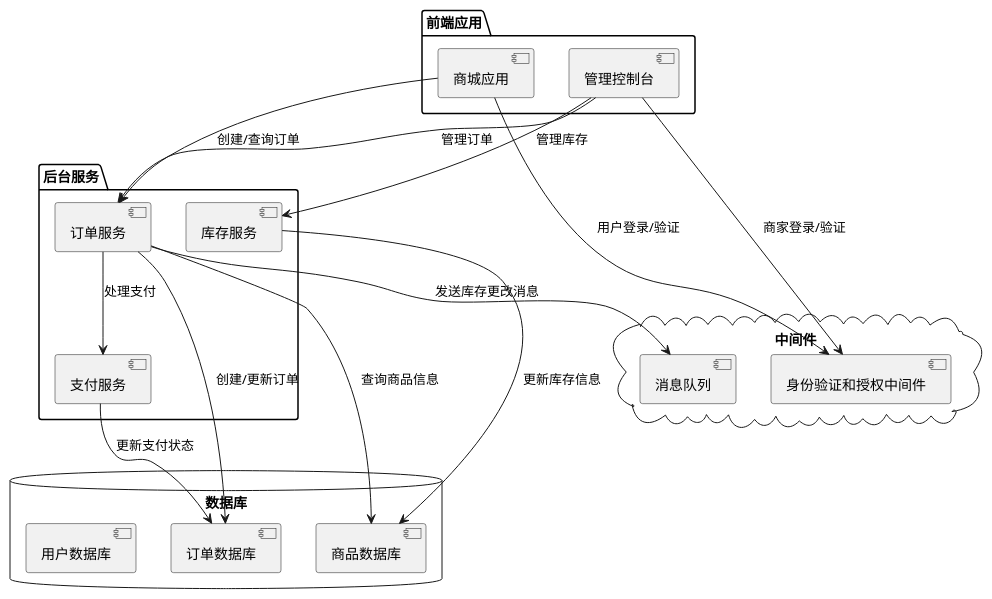
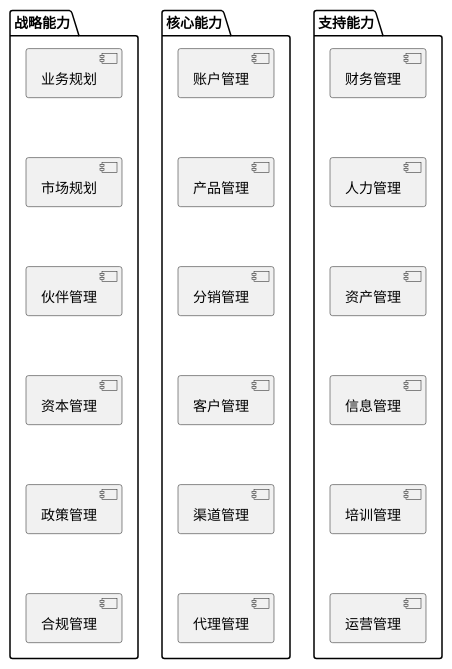
Before and after one commit to fuyipingwml/planttext: the diagram in 测试.puml, drawn with PlantUML.

```diff
--- a/测试.puml
+++ b/测试.puml
@@ -1,41 +1,86 @@
 @startuml
 
-package "前端应用" {
-    [商城应用]
-    [管理控制台]
+'title 电商公司业务足迹图
+'参考材料 https://support.unicomsi.com/manuals/systemarchitect/114100/starthelp.html#page/Architecting_and_designing/TOGAF1547834.html
+
+'left to right direction
+package "战略能力" as zhanluenengli{
+  [业务规划]
+[市场规划]
+[伙伴管理]
+[资本管理]
+[政策管理]
+[合规管理]
+[业务规划] -[hidden]-> [市场规划]
+[市场规划]-[hidden]->[伙伴管理]
+[伙伴管理]-[hidden]-> [资本管理]
+ [资本管理]-[hidden]->[政策管理]
+ [政策管理]-[hidden]->[合规管理]
+
+ /'[业务规划] .right.[市场规划]
+ [市场规划] .right. [伙伴管理]
+[伙伴管理] .right. [资本管理]
+[资本管理].right.[政策管理]
+[政策管理].right.[合规管理]'/
+
 }
 
-package "后台服务" {
-    [订单服务]
-    [库存服务]
-    [支付服务]
+
+package "核心能力" as hexinnengli {
+  [账户管理]
+[产品管理]
+[分销管理]
+[客户管理]
+[渠道管理]
+[代理管理]
+ [账户管理]-[hidden]-> [产品管理]
+ [产品管理]-[hidden]->[分销管理]
+ [分销管理]-[hidden]->[客户管理]
+ [客户管理]-[hidden]->[渠道管理]
+ [渠道管理]-[hidden]->[代理管理]
+
+
+/'[账户管理].right.[产品管理]
+[产品管理].right.[分销管理]
+
+[分销管理].right. [客户管理]
+[客户管理].right. [渠道管理]
+[渠道管理].right.[代理管理]'/
+
 }
 
-database "数据库" {
-    [商品数据库]
-    [订单数据库]
-    [用户数据库]
+ '[业务规划]-[hidden]->[账户管理]
+package "支持能力" as zhichinengli {
+  [财务管理]
+[人力管理]
+[资产管理]
+[信息管理]
+[培训管理]
+[运营管理]
+[财务管理]-[hidden]-> [人力管理]
+[人力管理]-[hidden]->[资产管理]
+[资产管理]-[hidden]->[信息管理]
+[信息管理]-[hidden]->[培训管理]
+[培训管理]-[hidden]->[运营管理]
+
+/'[人力管理].right.[财务管理]
+[财务管理].right.[资产管理]
+[资产管理].right. [信息管理]
+[信息管理].right.[培训管理]
+[培训管理].right.[运营管理]'/
+
 }
 
-cloud "中间件" {
-    [消息队列]
-    [身份验证和授权中间件]
-}
+'[账户管理]-[hidden]->[人力管理]
 
-[商城应用] --> [订单服务] : 创建/查询订单
-[管理控制台] --> [订单服务] : 管理订单
-[管理控制台] --> [库存服务] : 管理库存
+'[财务管理]-[hidden]->[人力资源管理]
 
-[订单服务] --> [商品数据库] : 查询商品信息
-[订单服务] --> [订单数据库] : 创建/更新订单
-[订单服务] --> [支付服务] : 处理支付
-[订单服务] --> [消息队列] : 发送库存更改消息
+'[业务规划]-down->[账户管理]
+'[账户管理]-down->[财务管理]
+'zhanluenengli-down->hexinnengli
+'hexinnengli-down->zhichinengli 
 
-[库存服务] --> [商品数据库] : 更新库存信息
 
-[支付服务] --> [订单数据库] : 更新支付状态
-
-[商城应用] --> [身份验证和授权中间件] : 用户登录/验证
-[管理控制台] --> [身份验证和授权中间件] : 商家登录/验证
+'[业务规划]-->[账户管理]
 
 @enduml
```
